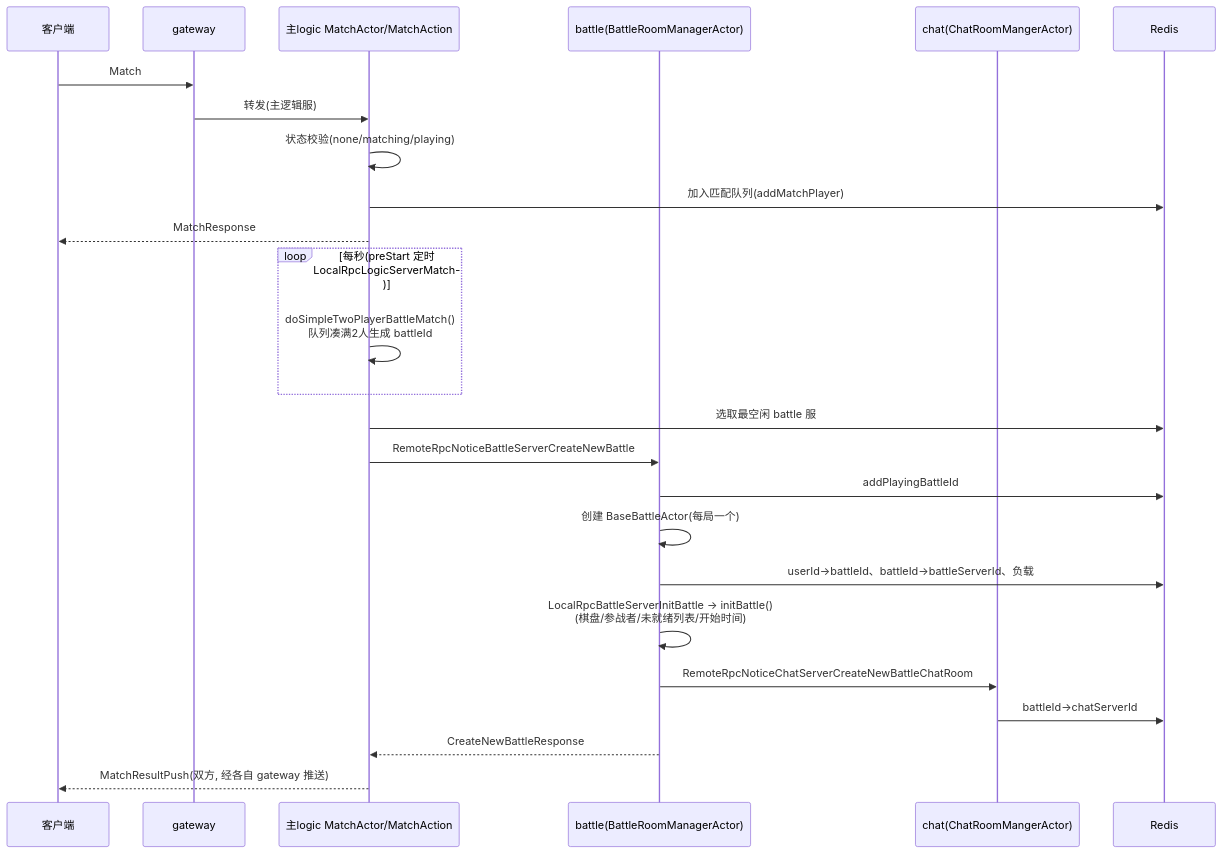
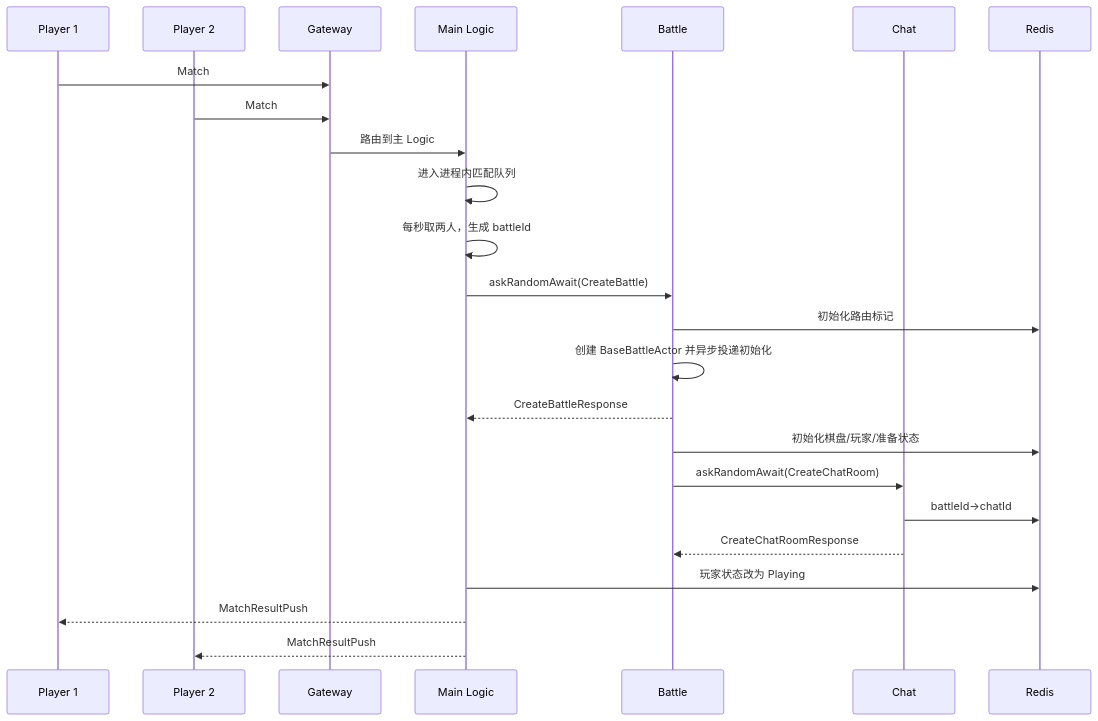
One commit to 132982jianan/JGameServer changed the seventh of 8 diagrams in doc/01_架构设计文档.md. Above: the diagram before and after it, drawn with Mermaid. The commit also changed other lines of this file, not shown here.

````diff
--- a/doc/01_架构设计文档.md
+++ b/doc/01_架构设计文档.md
@@ -350,29 +495,27 @@
 ```mermaid
 sequenceDiagram
-    participant C as 客户端
-    participant GW as gateway
-    participant M as 主logic MatchActor/MatchAction
-    participant BS as battle(BattleRoomManagerActor)
-    participant CS as chat(ChatRoomMangerActor)
+    participant C1 as Player 1
+    participant C2 as Player 2
+    participant GW as Gateway
+    participant ML as Main Logic
+    participant BS as Battle
+    participant CS as Chat
     participant R as Redis
 
-    C->>GW: Match
-    GW->>M: 转发(主逻辑服)
-    M->>M: 状态校验(none/matching/playing)
-    M->>R: 加入匹配队列(addMatchPlayer)
-    M-->>C: MatchResponse
-
-    loop 每秒(preStart 定时 LocalRpcLogicServerMatch)
-        M->>M: doSimpleTwoPlayerBattleMatch()<br/>队列凑满2人生成 battleId
-    end
-    M->>R: 选取最空闲 battle 服
-    M->>BS: RemoteRpcNoticeBattleServerCreateNewBattle
-    BS->>R: addPlayingBattleId
-    BS->>BS: 创建 BaseBattleActor(每局一个)
-    BS->>R: userId→battleId、battleId→battleServerId、负载
-    BS->>BS: LocalRpcBattleServerInitBattle → initBattle()<br/>(棋盘/参战者/未就绪列表/开始时间)
-    BS->>CS: RemoteRpcNoticeChatServerCreateNewBattleChatRoom
-    CS->>R: battleId→chatServerId
-    BS-->>M: CreateNewBattleResponse
-    M-->>C: MatchResultPush(双方, 经各自 gateway 推送)
+    C1->>GW: Match
+    C2->>GW: Match
+    GW->>ML: 路由到主 Logic
+    ML->>ML: 进入进程内匹配队列
+    ML->>ML: 每秒取两人，生成 battleId
+    ML->>BS: askRandomAwait(CreateBattle)
+    BS->>R: 初始化路由标记
+    BS->>BS: 创建 BaseBattleActor 并异步投递初始化
+    BS-->>ML: CreateBattleResponse
+    BS->>R: 初始化棋盘/玩家/准备状态
+    BS->>CS: askRandomAwait(CreateChatRoom)
+    CS->>R: battleId→chatId
+    CS-->>BS: CreateChatRoomResponse
+    ML->>R: 玩家状态改为 Playing
+    ML-->>C1: MatchResultPush
+    ML-->>C2: MatchResultPush
 ```
````
